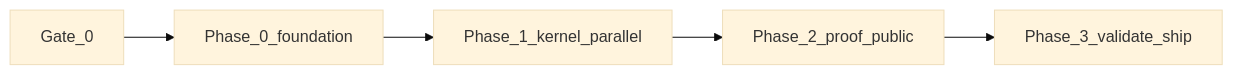
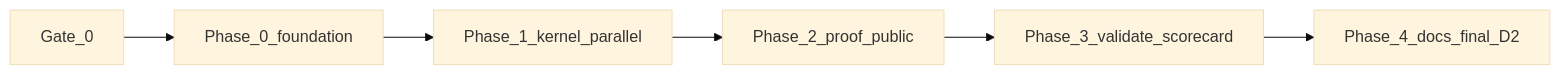
Before and after one commit to Vinayak-RZ/ARC: the second of 2 diagrams in docs/planning/frontier-2026-11/PLAN.md, drawn with Mermaid (base theme). The commit also changed other lines of this file and 7 other files, not shown here.

````diff
--- a/docs/planning/frontier-2026-11/PLAN.md
+++ b/docs/planning/frontier-2026-11/PLAN.md
@@ -229,7 +233,8 @@
 ```mermaid
 flowchart LR
   G0[Gate_0] --> P0[Phase_0_foundation]
   P0 --> P1[Phase_1_kernel_parallel]
   P1 --> P2[Phase_2_proof_public]
-  P2 --> P3[Phase_3_validate_ship]
+  P2 --> P3[Phase_3_validate_scorecard]
+  P3 --> P4[Phase_4_docs_final_D2]
 ```
````
